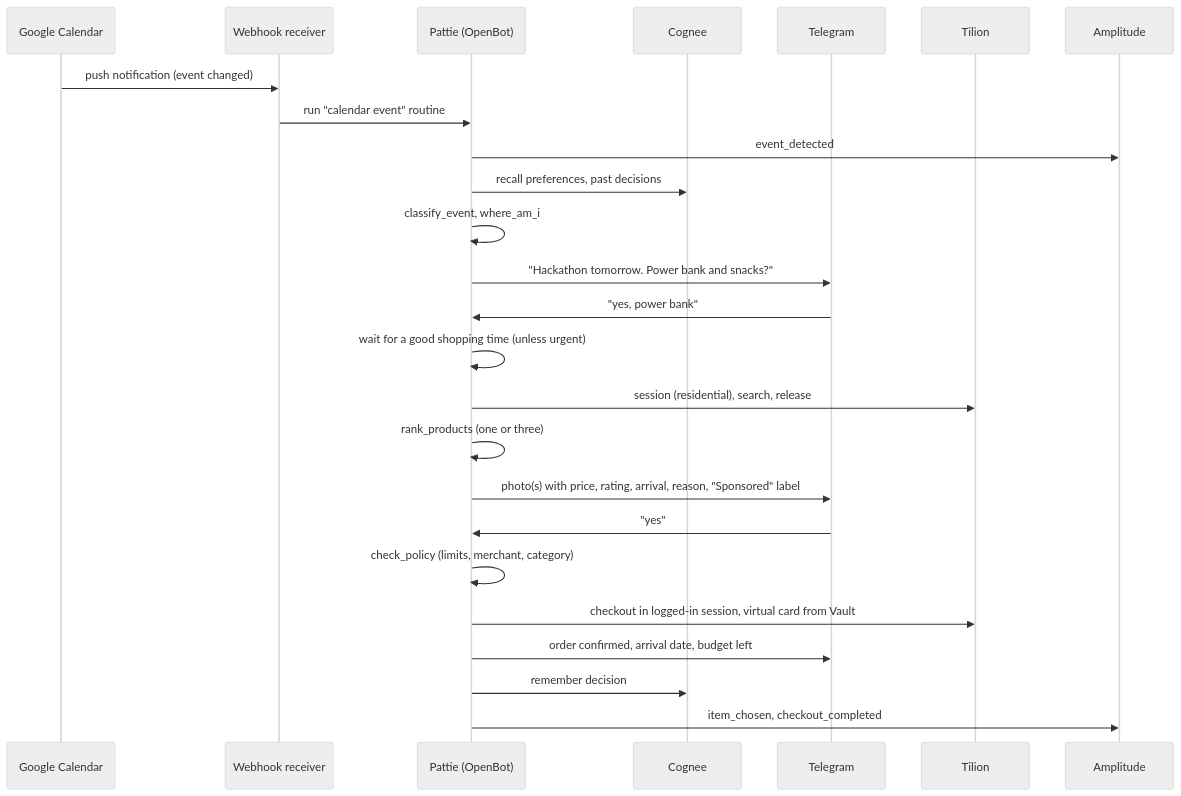
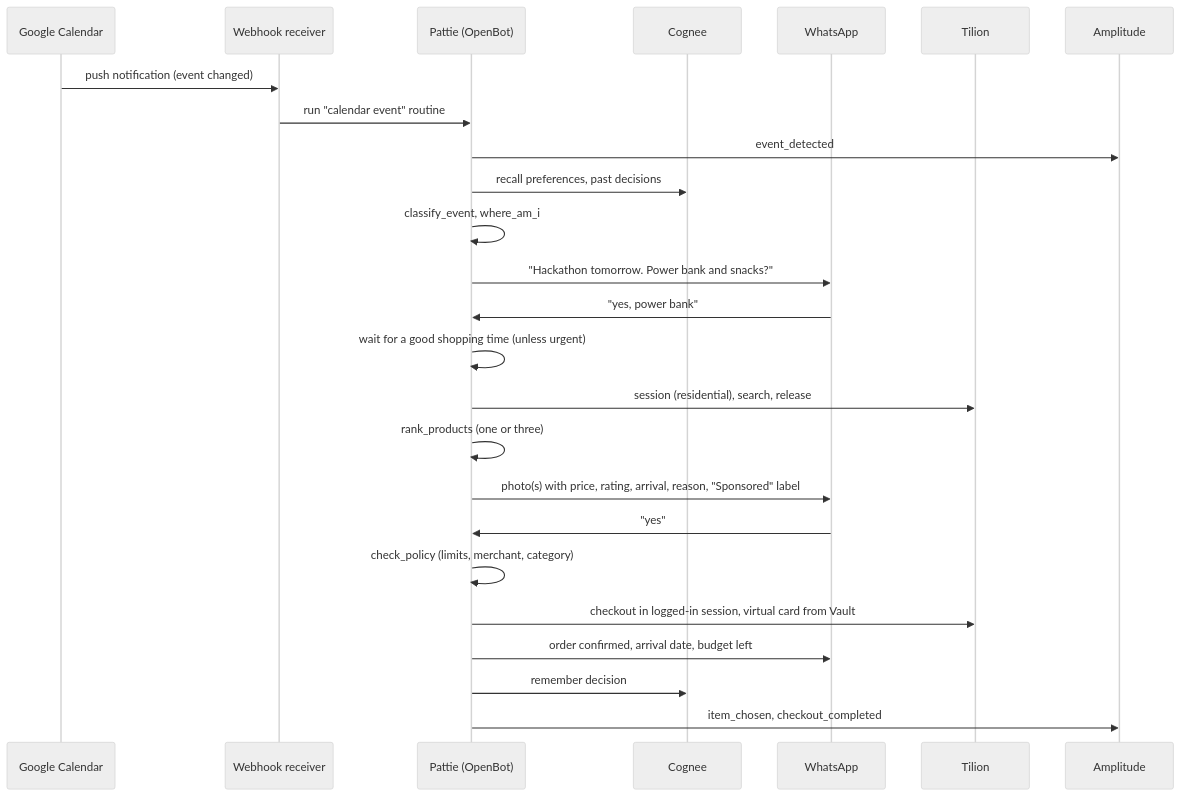
One commit to kolumba-ai/Pattie-shopping-agent changed the second of 2 diagrams in docs/ARCHITECTURE.md. Above: the diagram before and after it, drawn with Mermaid (neutral theme). The commit also changed other lines of this file and 2 other files, not shown here.

First line of the commit message:
Switch messaging from Telegram to WhatsApp via OpenBot

````diff
--- a/docs/ARCHITECTURE.md
+++ b/docs/ARCHITECTURE.md
@@ -349,28 +358,28 @@
 ```mermaid
 sequenceDiagram
     participant GC as Google Calendar
     participant HK as Webhook receiver
     participant AG as Pattie (OpenBot)
     participant CG as Cognee
-    participant TG as Telegram
+    participant WA as WhatsApp
     participant TL as Tilion
     participant AM as Amplitude
 
     GC->>HK: push notification (event changed)
     HK->>AG: run "calendar event" routine
     AG->>AM: event_detected
     AG->>CG: recall preferences, past decisions
     AG->>AG: classify_event, where_am_i
-    AG->>TG: "Hackathon tomorrow. Power bank and snacks?"
-    TG->>AG: "yes, power bank"
+    AG->>WA: "Hackathon tomorrow. Power bank and snacks?"
+    WA->>AG: "yes, power bank"
     AG->>AG: wait for a good shopping time (unless urgent)
     AG->>TL: session (residential), search, release
     AG->>AG: rank_products (one or three)
-    AG->>TG: photo(s) with price, rating, arrival, reason, "Sponsored" label
-    TG->>AG: "yes"
+    AG->>WA: photo(s) with price, rating, arrival, reason, "Sponsored" label
+    WA->>AG: "yes"
     AG->>AG: check_policy (limits, merchant, category)
     AG->>TL: checkout in logged-in session, virtual card from Vault
-    AG->>TG: order confirmed, arrival date, budget left
+    AG->>WA: order confirmed, arrival date, budget left
     AG->>CG: remember decision
     AG->>AM: item_chosen, checkout_completed
 ```
````
